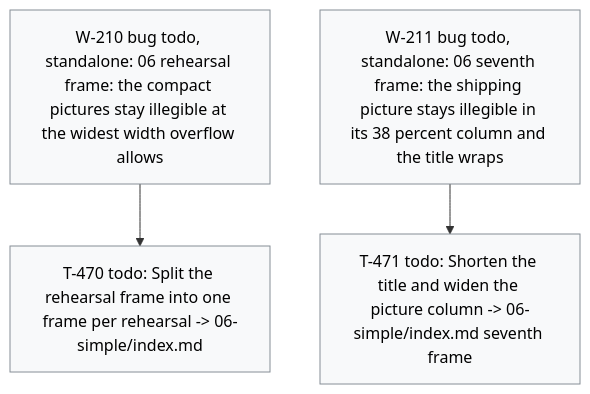
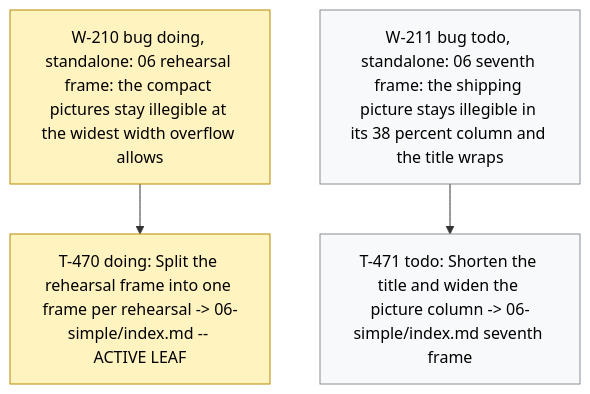
Before and after one commit to dpopchev/chaos-to-simple: the diagram in .board/BOARD.md, drawn with Mermaid. The commit also changed other lines of this file and 2 other files, not shown here.

Commit message:
chore(board): activate W-210, start T-470
Refs: W-210 T-470

````diff
--- a/.board/BOARD.md
+++ b/.board/BOARD.md
@@ -1239,13 +1239,14 @@
 ```mermaid
 flowchart TD
-  W210["W-210 bug todo, standalone: 06 rehearsal frame: the compact pictures stay illegible at the widest width overflow allows"]
-  W210 --> T470["T-470 todo: Split the rehearsal frame into one frame per rehearsal -> 06-simple/index.md"]
+  W210["W-210 bug doing, standalone: 06 rehearsal frame: the compact pictures stay illegible at the widest width overflow allows"]
+  W210 --> T470["T-470 doing: Split the rehearsal frame into one frame per rehearsal -> 06-simple/index.md -- ACTIVE LEAF"]
   W211["W-211 bug todo, standalone: 06 seventh frame: the shipping picture stays illegible in its 38 percent column and the title wraps"]
   W211 --> T471["T-471 todo: Shorten the title and widen the picture column -> 06-simple/index.md seventh frame"]
   classDef doing fill:#fff3bf,stroke:#b58900,color:#000;
   classDef blocked fill:#ffe3e3,stroke:#c92a2a,color:#000;
   classDef done fill:#e6ffed,stroke:#2b8a3e,color:#000;
   classDef todo fill:#f8f9fa,stroke:#868e96,color:#000;
   classDef pruned fill:#f1f3f5,stroke:#adb5bd,color:#000;
-  class W210,T470,W211,T471 todo
+  class W210,T470 doing
+  class W211,T471 todo
 ```
````
